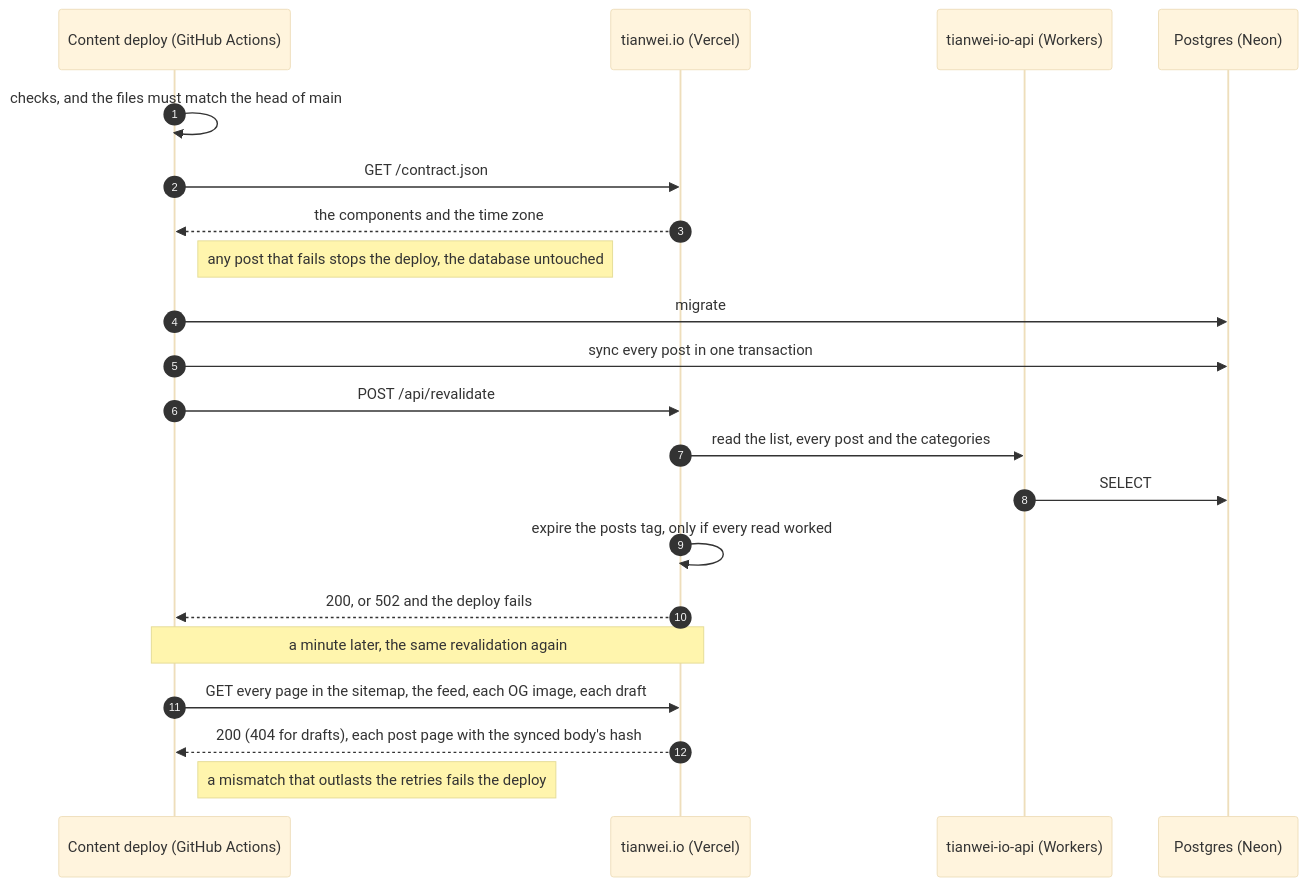
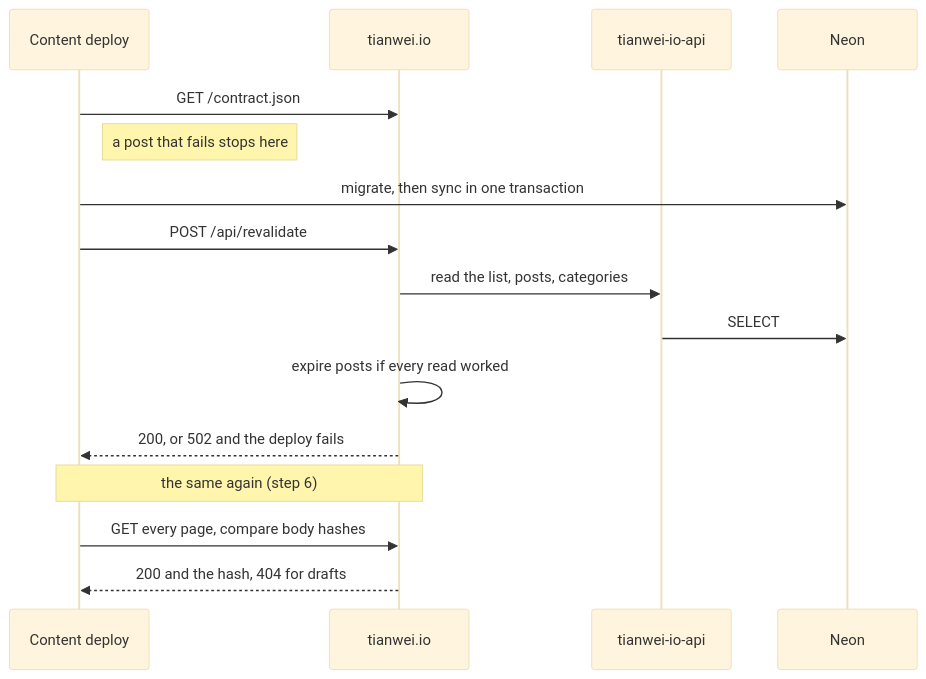
Before and after one commit to notbd/tianwei-io-content: the diagram in README.md, drawn with Mermaid (base theme). The commit also changed other lines of this file and 1 other file, not shown here.

First line of the commit message:
docs: the in-process local database and the rehearsal

````diff
--- a/README.md
+++ b/README.md
@@ -140,23 +155,18 @@
 ```mermaid
 sequenceDiagram
-  autonumber
-  participant GH as Content deploy (GitHub Actions)
-  participant FE as tianwei.io (Vercel)
-  participant API as tianwei-io-api (Workers)
-  participant DB as Postgres (Neon)
-  GH->>GH: checks, and the files must match the head of main
+  participant GH as Content deploy
+  participant FE as tianwei.io
+  participant API as tianwei-io-api
+  participant DB as Neon
   GH->>FE: GET /contract.json
-  FE-->>GH: the components and the time zone
-  Note right of GH: any post that fails stops the deploy, the database untouched
-  GH->>DB: migrate
-  GH->>DB: sync every post in one transaction
+  Note right of GH: a post that fails stops here
+  GH->>DB: migrate, then sync in one transaction
   GH->>FE: POST /api/revalidate
-  FE->>API: read the list, every post and the categories
+  FE->>API: read the list, posts, categories
   API->>DB: SELECT
-  FE->>FE: expire the posts tag, only if every read worked
+  FE->>FE: expire posts if every read worked
   FE-->>GH: 200, or 502 and the deploy fails
-  Note over GH,FE: a minute later, the same revalidation again
-  GH->>FE: GET every page in the sitemap, the feed, each OG image, each draft
-  FE-->>GH: 200 (404 for drafts), each post page with the synced body's hash
-  Note right of GH: a mismatch that outlasts the retries fails the deploy
+  Note over GH,FE: the same again (step 6)
+  GH->>FE: GET every page, compare body hashes
+  FE-->>GH: 200 and the hash, 404 for drafts
 ```
````
